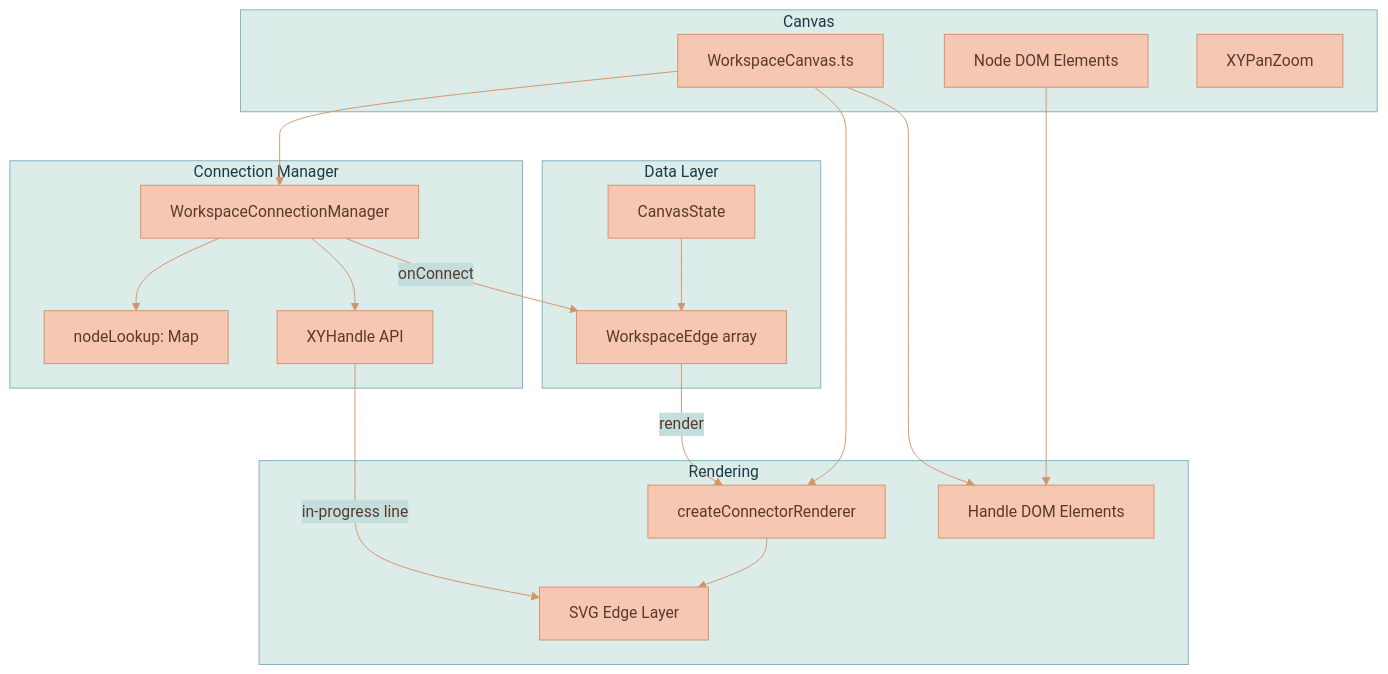
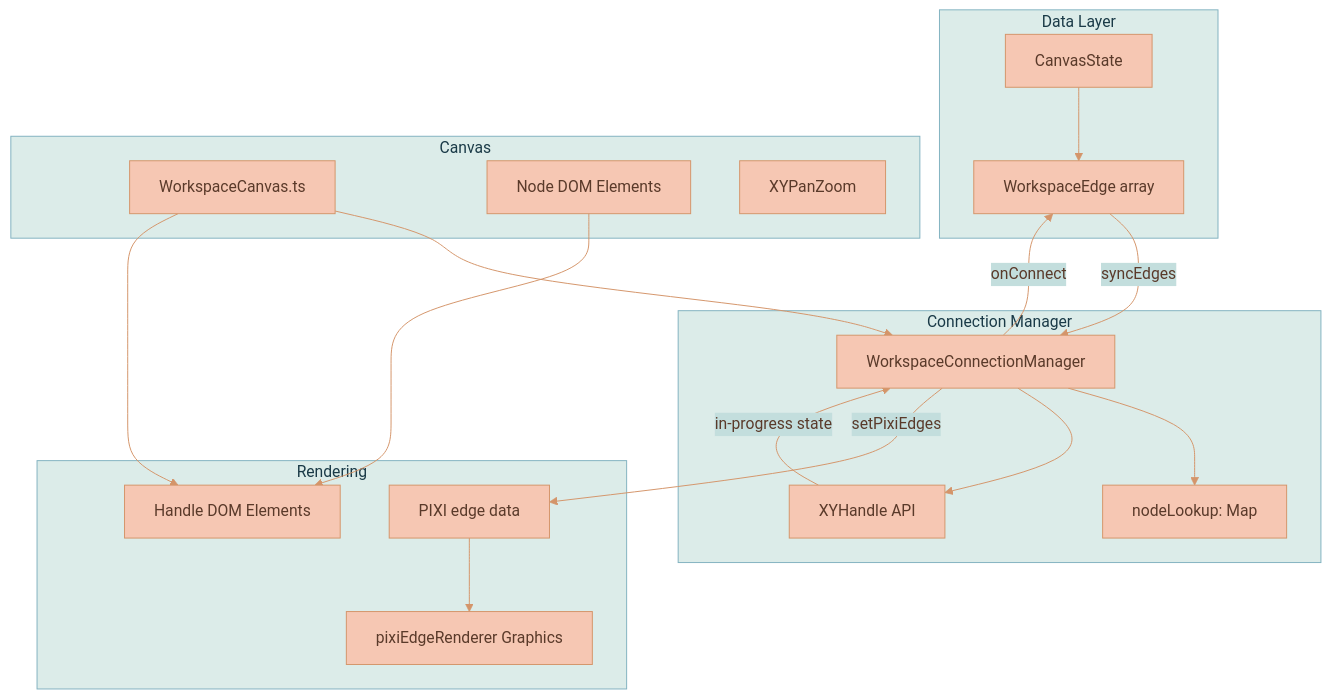
Before and after one commit to Lixpi/lixpi: diagram 11 of 17 in documentation/features/WORKSPACE-FEATURE.md, drawn with Mermaid. The commit also changed other lines of this file and 27 other files, not shown here.

````diff
--- a/documentation/features/WORKSPACE-FEATURE.md
+++ b/documentation/features/WORKSPACE-FEATURE.md
@@ -774,38 +772,38 @@
 ```mermaid
 %%{init: {'theme': 'base', 'themeVariables': { 'primaryColor': '#F6C7B3', 'primaryTextColor': '#5a3a2a', 'primaryBorderColor': '#d4956a', 'secondaryColor': '#C3DEDD', 'secondaryTextColor': '#1a3a47', 'secondaryBorderColor': '#4a8a9d', 'tertiaryColor': '#DCECE9', 'tertiaryTextColor': '#1a3a47', 'tertiaryBorderColor': '#82B2C0', 'lineColor': '#d4956a', 'textColor': '#5a3a2a'}}}%%
 flowchart TB
     subgraph "Data Layer"
         CS[CanvasState]
         WE[WorkspaceEdge array]
         CS --> WE
     end
 
     subgraph "Connection Manager"
         WCM[WorkspaceConnectionManager]
         NL[nodeLookup: Map]
         XYH[XYHandle API]
         WCM --> NL
         WCM --> XYH
     end
 
     subgraph "Rendering"
-        CR[createConnectorRenderer]
-        SVG[SVG Edge Layer]
+        PXD[PIXI edge data]
+        PER[pixiEdgeRenderer Graphics]
         HANDLES[Handle DOM Elements]
-        CR --> SVG
+        PXD --> PER
     end
 
     subgraph "Canvas"
         WC[WorkspaceCanvas.ts]
         NODES[Node DOM Elements]
         PZ[XYPanZoom]
     end
 
     WC --> WCM
-    WC --> CR
     WC --> HANDLES
     NODES --> HANDLES
     WCM -->|onConnect| WE
-    WE -->|render| CR
-    XYH -->|in-progress line| SVG
+    WE -->|syncEdges| WCM
+    WCM -->|setPixiEdges| PXD
+    XYH -->|in-progress state| WCM
 ```
````
